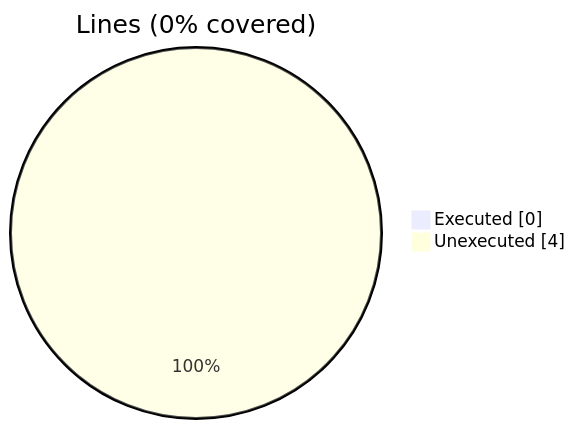
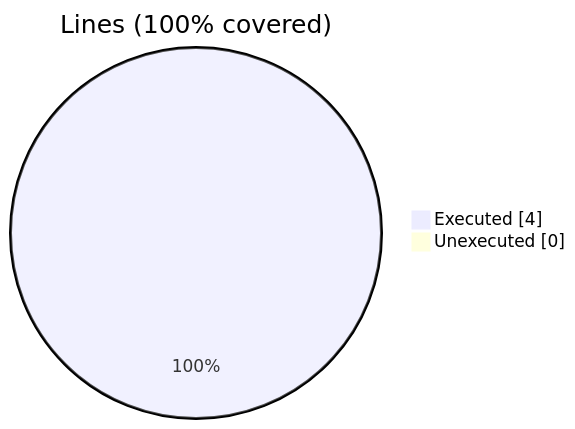
One commit to szaghi/VTKFortran changed the first of 2 diagrams in docs/guide/vtk_fortran.f90.gcov.md. Above: the diagram before and after it, drawn with Mermaid. The commit also changed other lines of this file and 9 other files, not shown here.

````diff
--- a/docs/guide/vtk_fortran.f90.gcov.md
+++ b/docs/guide/vtk_fortran.f90.gcov.md
@@ -10,6 +10,6 @@
 ```mermaid
 pie showData
-    title Lines (0% covered)
-    "Executed" : 0
-    "Unexecuted" : 4
+    title Lines (100% covered)
+    "Executed" : 4
+    "Unexecuted" : 0
 ```
````
